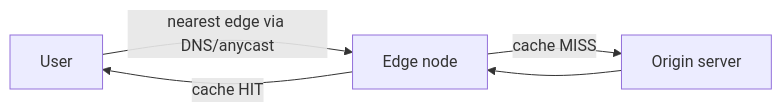
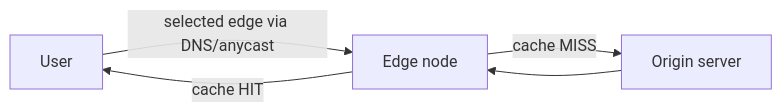
The diagram in Vault/Home/Networks/Architecture & Ops/CDN.md (grafanaKibana/devbook.zip), drawn with Mermaid before and after one commit. The commit also changed other lines of this file and 26 other files, not shown here.

````diff
--- a/Vault/Home/Networks/Architecture & Ops/CDN.md
+++ b/Vault/Home/Networks/Architecture & Ops/CDN.md
@@ -20,7 +20,7 @@
 ```mermaid
 flowchart LR
-    U[User] -->|nearest edge via DNS/anycast| E[Edge node]
+    U[User] -->|selected edge via DNS/anycast| E[Edge node]
     E -->|cache HIT| U
     E -->|cache MISS| O[Origin server]
     O --> E
 ```
````
